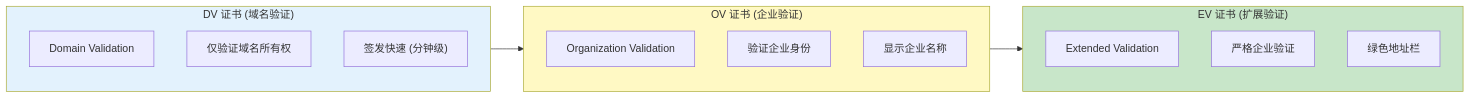
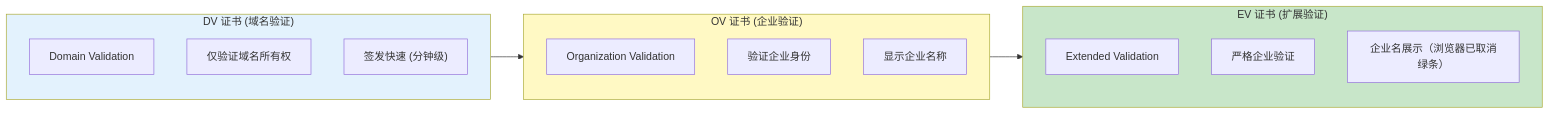
The seventh of 14 diagrams in docs/_posts/https-ssl-tls-deep-dive.md (zhaofutao04/zblog), drawn with Mermaid before and after one commit. The commit also changed other lines of this file and 38 other files, not shown here.

````diff
--- a/docs/_posts/https-ssl-tls-deep-dive.md
+++ b/docs/_posts/https-ssl-tls-deep-dive.md
@@ -233,26 +233,26 @@
 ```mermaid
 flowchart LR
     subgraph DV["DV 证书 (域名验证)"]
         DV1["Domain Validation"]
         DV2["仅验证域名所有权"]
         DV3["签发快速 (分钟级)"]
     end
 
     subgraph OV["OV 证书 (企业验证)"]
         OV1["Organization Validation"]
         OV2["验证企业身份"]
         OV3["显示企业名称"]
     end
 
     subgraph EV["EV 证书 (扩展验证)"]
         EV1["Extended Validation"]
         EV2["严格企业验证"]
-        EV3["绿色地址栏"]
+        EV3["企业名展示（浏览器已取消绿条）"]
     end
 
     DV --> OV --> EV
 
     style DV fill:#e3f2fd
     style OV fill:#fff9c4
     style EV fill:#c8e6c9
 ```
````
